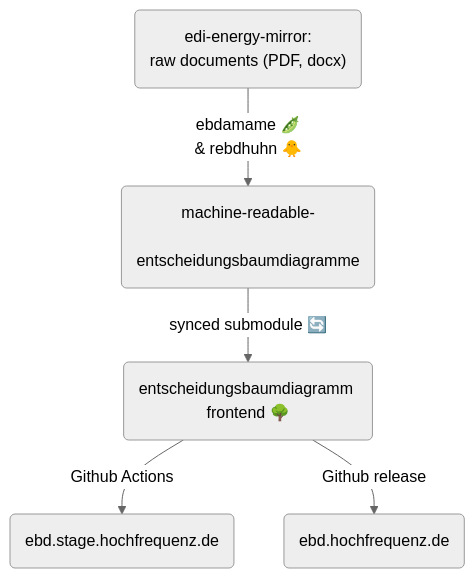
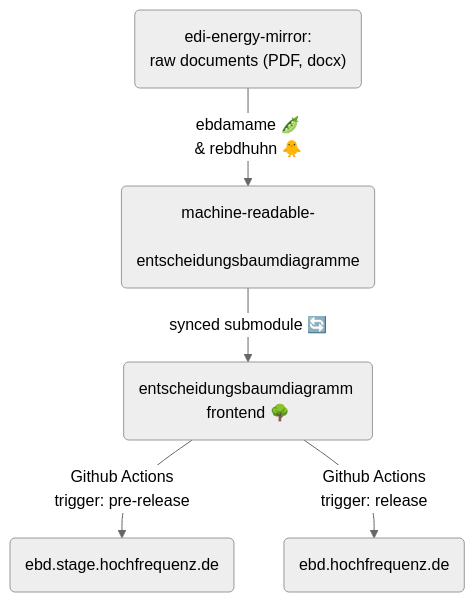
One commit to Hochfrequenz/entscheidungsbaumdiagramme changed the diagram in README.md. Above: the diagram before and after it, drawn with Mermaid (neutral theme).

Commit message:
Update mermaid diagram

````diff
--- a/README.md
+++ b/README.md
@@ -49,10 +49,12 @@
 ```mermaid
 flowchart TD
     A("edi-energy-mirror:
     raw documents (PDF, docx)") -->|ebdamame 🫛
     & rebdhuhn 🐥| B("machine-readable-
     entscheidungsbaumdiagramme")
     B -->|synced submodule 🔄| C("entscheidungsbaumdiagramm frontend 🌳")
-    C -->|Github Actions| D("ebd.stage.hochfrequenz.de")
-    C -->|Github release| E("ebd.hochfrequenz.de")
+    C -->|Github Actions
+    trigger: pre-release| D("ebd.stage.hochfrequenz.de")
+    C -->|Github Actions
+    trigger: release| E("ebd.hochfrequenz.de")
 ```
````
